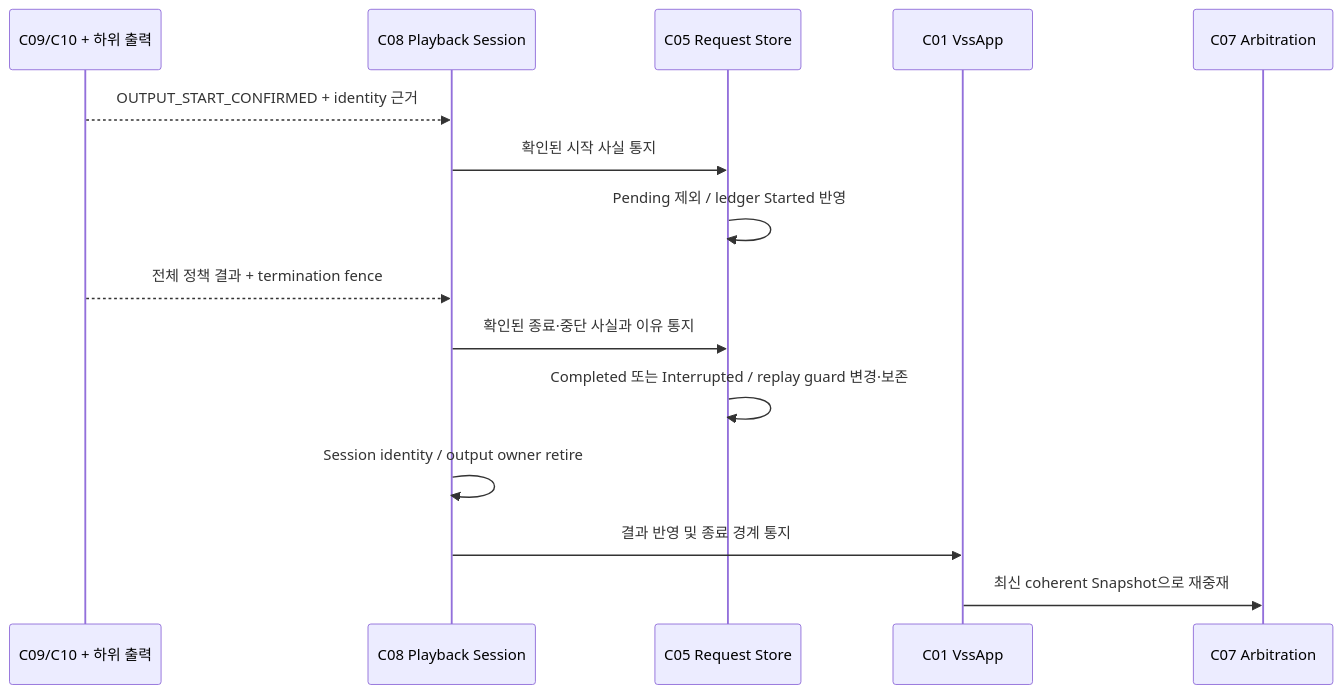
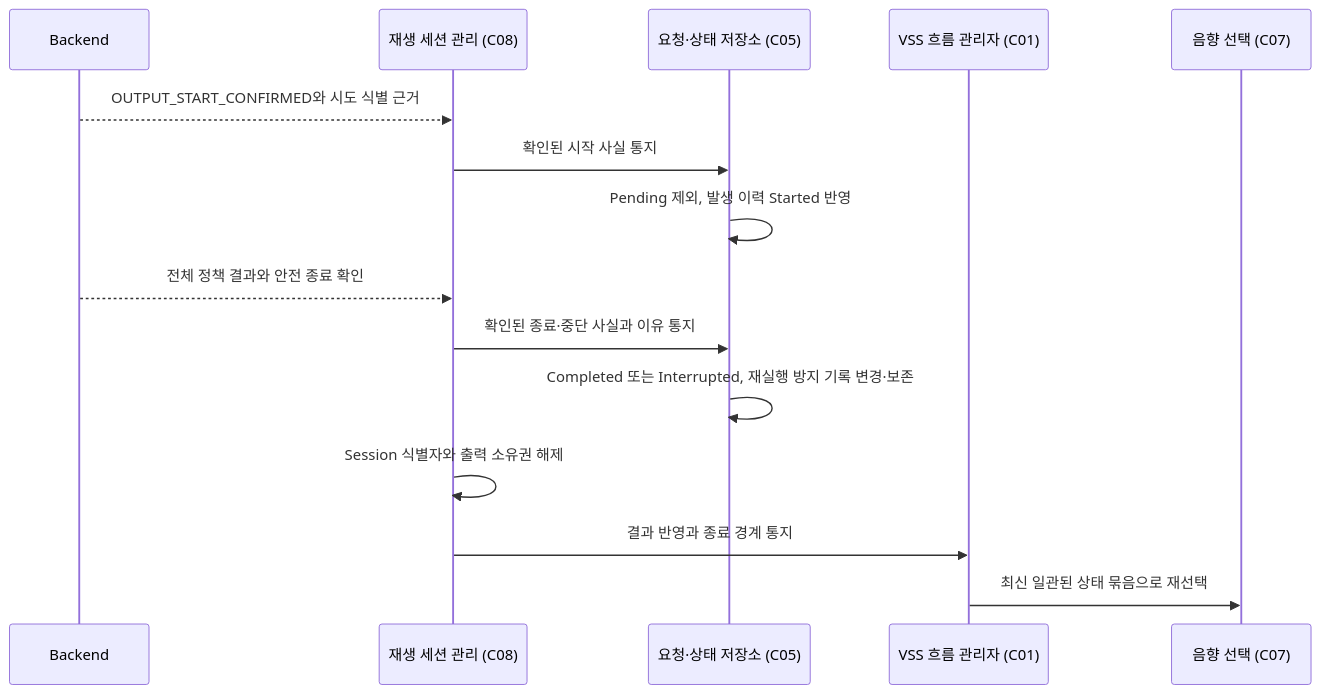
Before and after one commit to vehicle-domain-control-system/integrated-vehicle-control: the fifth of 7 diagrams in docs/architecture/VSS_sw_architecture.md, drawn with Mermaid. The commit also changed other lines of this file and 1 other file, not shown here.

Commit message:
docs(VSS): VSS SW 전체 구조 및 책임 경계 설계

````diff
--- a/docs/architecture/VSS_sw_architecture.md
+++ b/docs/architecture/VSS_sw_architecture.md
@@ -231,17 +207,17 @@
 ```mermaid
 sequenceDiagram
-    participant Backend as C09/C10 + 하위 출력
-    participant Session as C08 Playback Session
-    participant Store as C05 Request Store
-    participant App as C01 VssApp
-    participant Arb as C07 Arbitration
-    Backend-->>Session: OUTPUT_START_CONFIRMED + identity 근거
+    participant Backend as Backend
+    participant Session as 재생 세션 관리 (C08)
+    participant Store as 요청·상태 저장소 (C05)
+    participant App as VSS 흐름 관리자 (C01)
+    participant Arb as 음향 선택 (C07)
+    Backend-->>Session: OUTPUT_START_CONFIRMED와 시도 식별 근거
     Session->>Store: 확인된 시작 사실 통지
-    Store->>Store: Pending 제외 / ledger Started 반영
-    Backend-->>Session: 전체 정책 결과 + termination fence
+    Store->>Store: Pending 제외, 발생 이력 Started 반영
+    Backend-->>Session: 전체 정책 결과와 안전 종료 확인
     Session->>Store: 확인된 종료·중단 사실과 이유 통지
-    Store->>Store: Completed 또는 Interrupted / replay guard 변경·보존
-    Session->>Session: Session identity / output owner retire
-    Session->>App: 결과 반영 및 종료 경계 통지
-    App->>Arb: 최신 coherent Snapshot으로 재중재
+    Store->>Store: Completed 또는 Interrupted, 재실행 방지 기록 변경·보존
+    Session->>Session: Session 식별자와 출력 소유권 해제
+    Session->>App: 결과 반영과 종료 경계 통지
+    App->>Arb: 최신 일관된 상태 묶음으로 재선택
 ```
````
